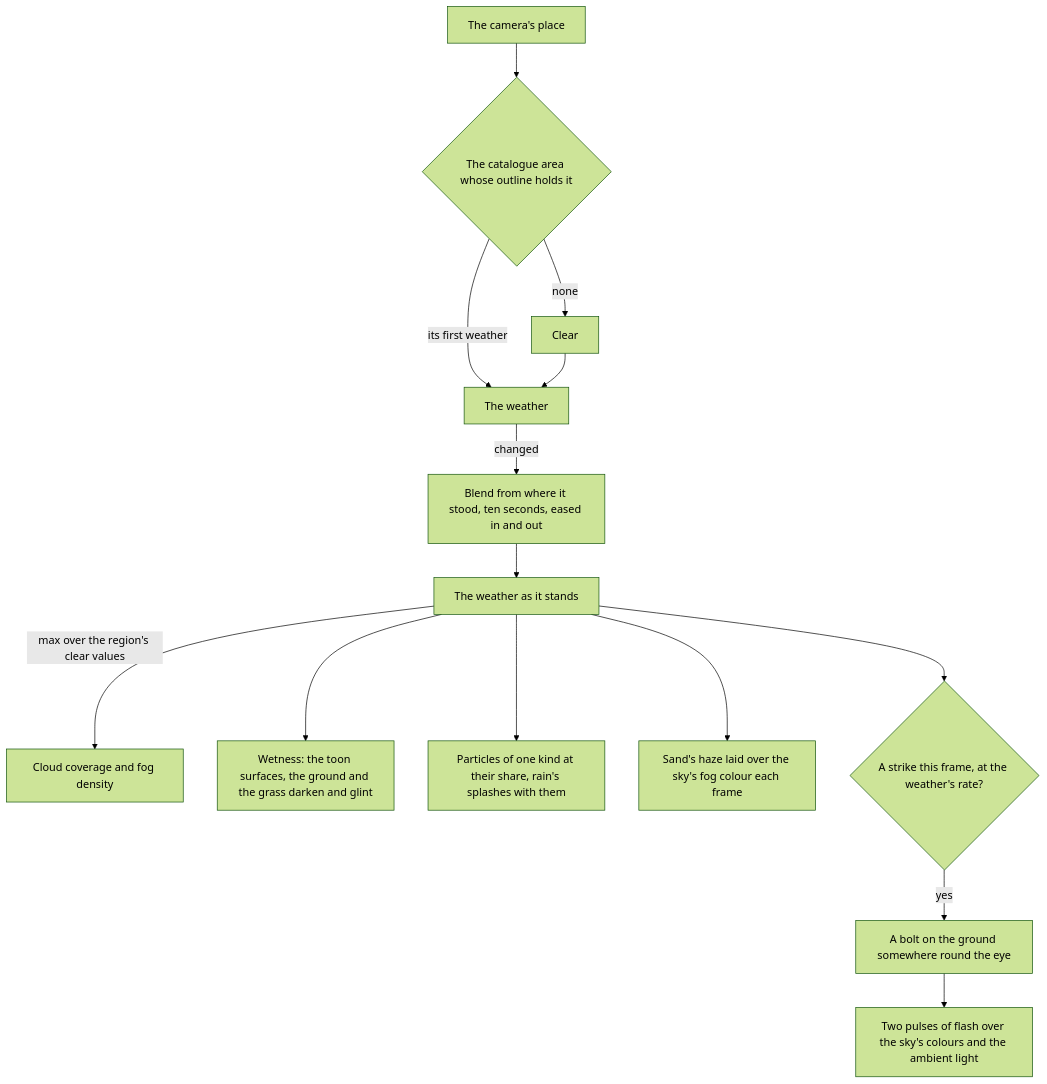
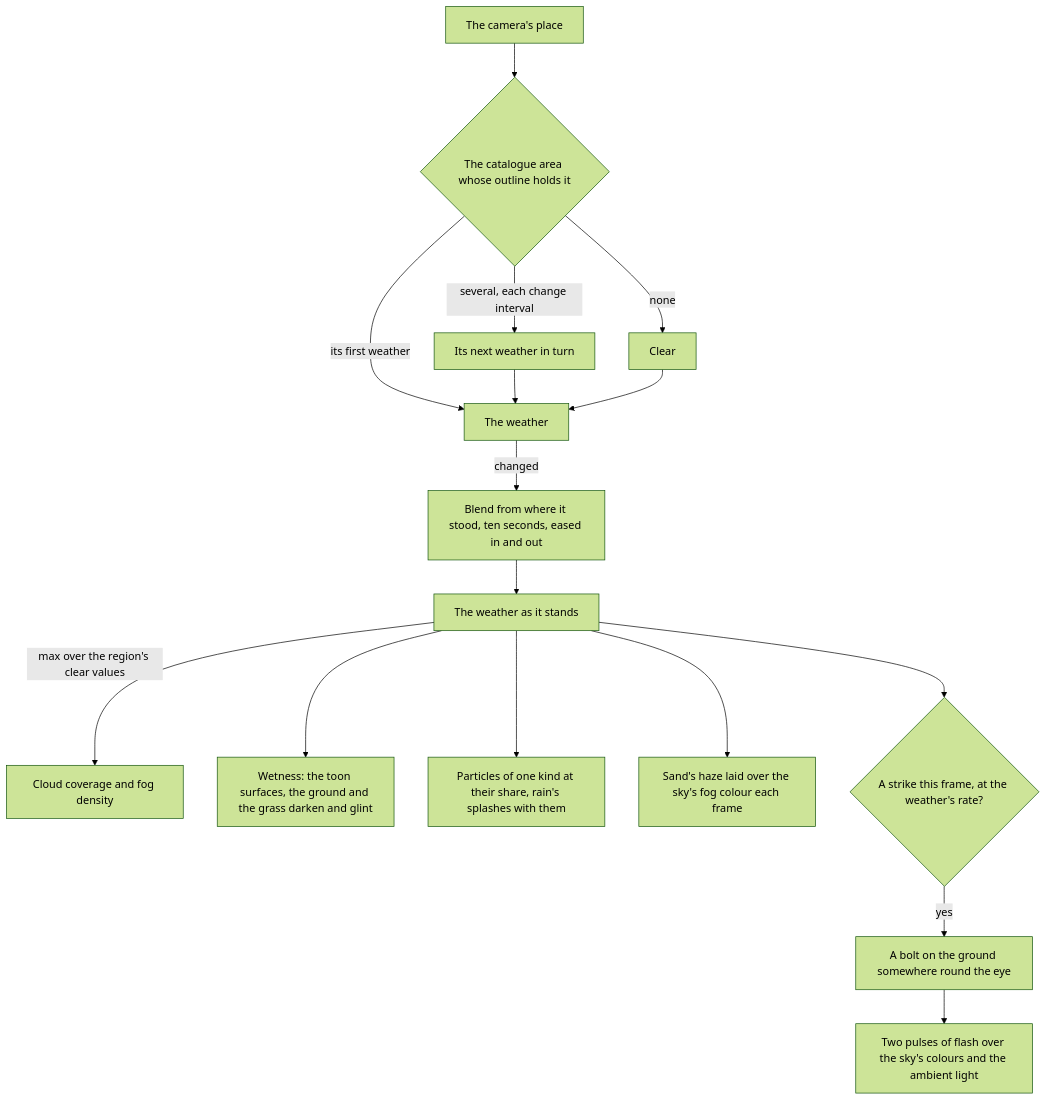
Before and after one commit to Esposter/Esposter: the diagram in apps/web/content/docs/genshin/weather.md, drawn with Mermaid (forest theme). The commit also changed other lines of this file and 3 other files, not shown here.

First line of the commit message:
feat(genshin): an area with several weathers turns through them on a provisional interval, the weather proposal keeps the schedule and the colours it still needs

````diff
--- a/apps/web/content/docs/genshin/weather.md
+++ b/apps/web/content/docs/genshin/weather.md
@@ -12,16 +12,18 @@
 ```mermaid
 flowchart TD
   CAM[The camera's place] --> AREA{The catalogue area whose outline holds it}
   AREA -->|its first weather| W[The weather]
+  AREA -->|several, each change interval| TURN["Its next weather in turn"]
+  TURN --> W
   AREA -->|none| CLEAR[Clear]
   CLEAR --> W
   W -->|changed| BLEND["Blend from where it stood, ten seconds, eased in and out"]
   BLEND --> STATE[The weather as it stands]
   STATE -->|max over the region's clear values| SKY[Cloud coverage and fog density]
   STATE --> WET[Wetness: the toon surfaces, the ground and the grass darken and glint]
   STATE --> PU["Particles of one kind at their share, rain's splashes with them"]
   STATE --> TINT["Sand's haze laid over the sky's fog colour each frame"]
   STATE --> RATE{A strike this frame, at the weather's rate?}
   RATE -->|yes| BOLT[A bolt on the ground somewhere round the eye]
   BOLT --> FLASH["Two pulses of flash over the sky's colours and the ambient light"]
 ```
````
